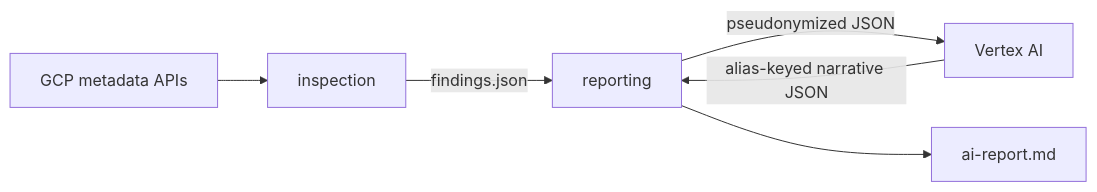
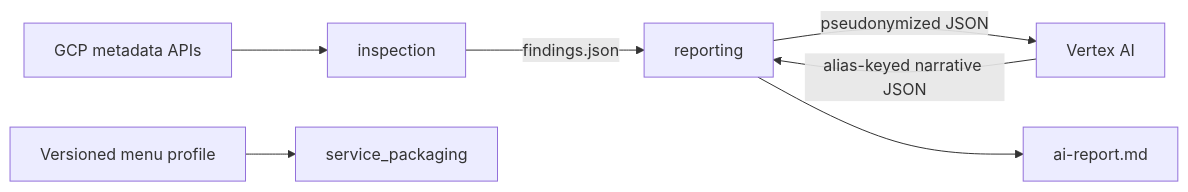
One commit to Yukihide-Mitsuoka/secure-ga4-bq-template changed the diagram in docs/architecture/modules.md. Above: the diagram before and after it, drawn with Mermaid. The commit also changed other lines of this file and 6 other files, not shown here.

First line of the commit message:
feat(service-packaging): add versioned menu profile (#85)

````diff
--- a/docs/architecture/modules.md
+++ b/docs/architecture/modules.md
@@ -8,8 +9,9 @@
 ```mermaid
 flowchart LR
   GCP["GCP metadata APIs"] --> I["inspection"]
   I -->|"findings.json"| R["reporting"]
   R -->|"pseudonymized JSON"| V["Vertex AI"]
   V -->|"alias-keyed narrative JSON"| R
   R --> M["ai-report.md"]
+  MP["Versioned menu profile"] --> S["service_packaging"]
 ```
````
